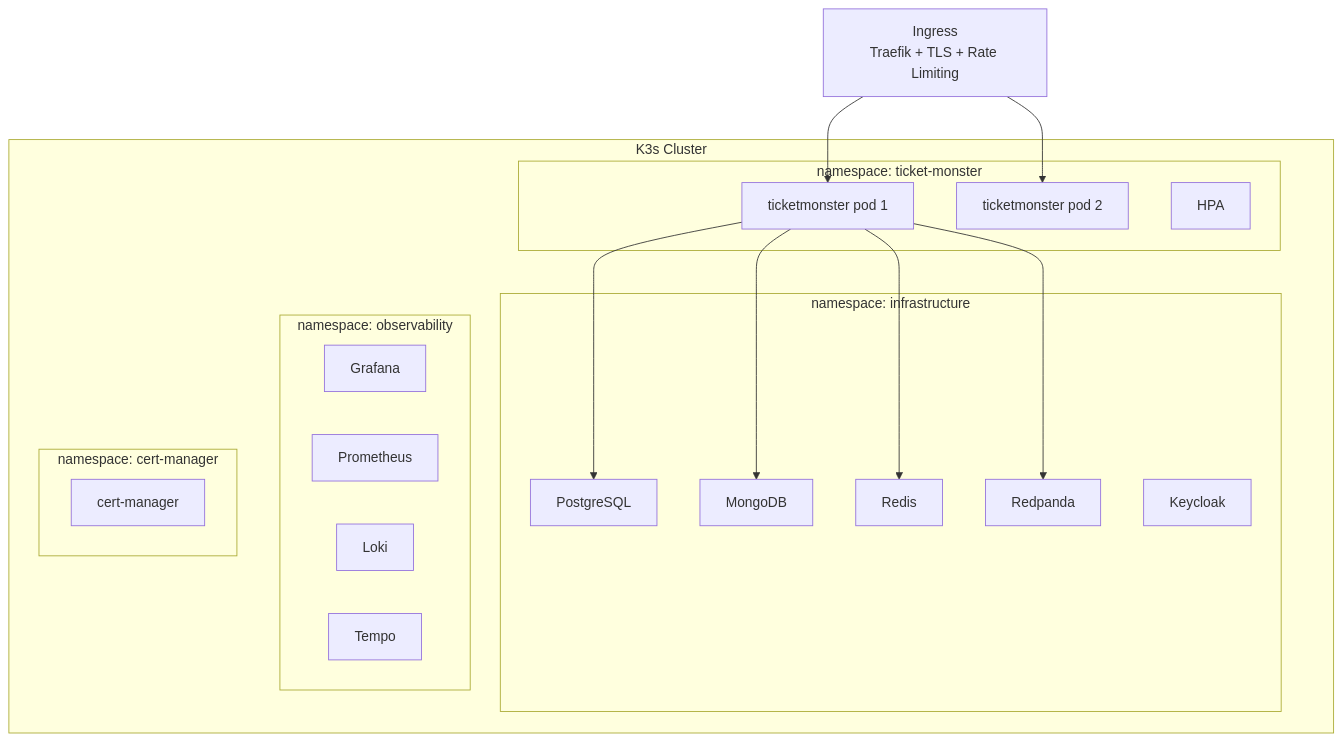
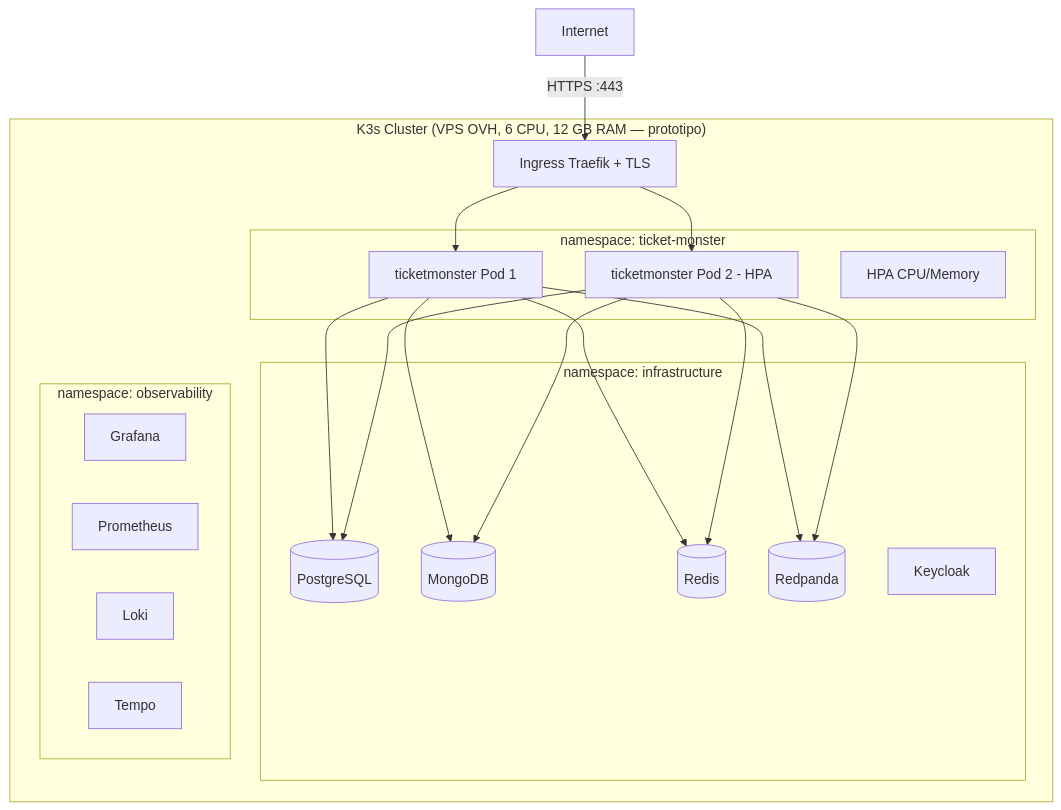
One commit to jrgavilanes/ticket-monster changed diagram 15 of 15 in README.md. Above: the diagram before and after it, drawn with Mermaid. The commit also changed other lines of this file and 3 other files, not shown here.

````diff
--- a/README.md
+++ b/README.md
@@ -165,36 +1600,38 @@
 ```mermaid
 flowchart TB
-    subgraph K3s Cluster
-        subgraph NS1[namespace: ticket-monster]
-            TM1[ticketmonster pod 1]
-            TM2[ticketmonster pod 2]
-            HPA[HPA]
+    subgraph K3s["K3s Cluster (VPS OVH, 6 CPU, 12 GB RAM — prototipo)"]
+        subgraph NS1["namespace: ticket-monster"]
+            TM1[ticketmonster Pod 1]
+            TM2[ticketmonster Pod 2 - HPA]
+            HPA[HPA CPU/Memory]
         end
 
-        subgraph NS2[namespace: infrastructure]
-            PG[PostgreSQL]
-            MONGO[MongoDB]
-            REDIS[Redis]
-            RP[Redpanda]
-            KC[Keycloak]
+        subgraph NS2["namespace: infrastructure"]
+            PG[(PostgreSQL)]
+            MONGO[(MongoDB)]
+            REDIS[(Redis)]
+            RP[(Redpanda)]
+            KC_SVC[Keycloak]
         end
 
-        subgraph NS3[namespace: observability]
+        subgraph NS3["namespace: observability"]
             GRAF[Grafana]
             PROM[Prometheus]
             LOKI[Loki]
             TEMPO[Tempo]
         end
 
-        subgraph NS4[namespace: cert-manager]
-            CM[cert-manager]
-        end
+        INGRESS[Ingress Traefik + TLS] --> TM1
+        INGRESS --> TM2
     end
 
-    INGRESS[Ingress<br/>Traefik + TLS + Rate Limiting] --> TM1
-    INGRESS --> TM2
+    Internet -->|HTTPS :443| INGRESS
     TM1 --> PG
     TM1 --> MONGO
     TM1 --> REDIS
     TM1 --> RP
+    TM2 --> PG
+    TM2 --> MONGO
+    TM2 --> REDIS
+    TM2 --> RP
 ```
````
